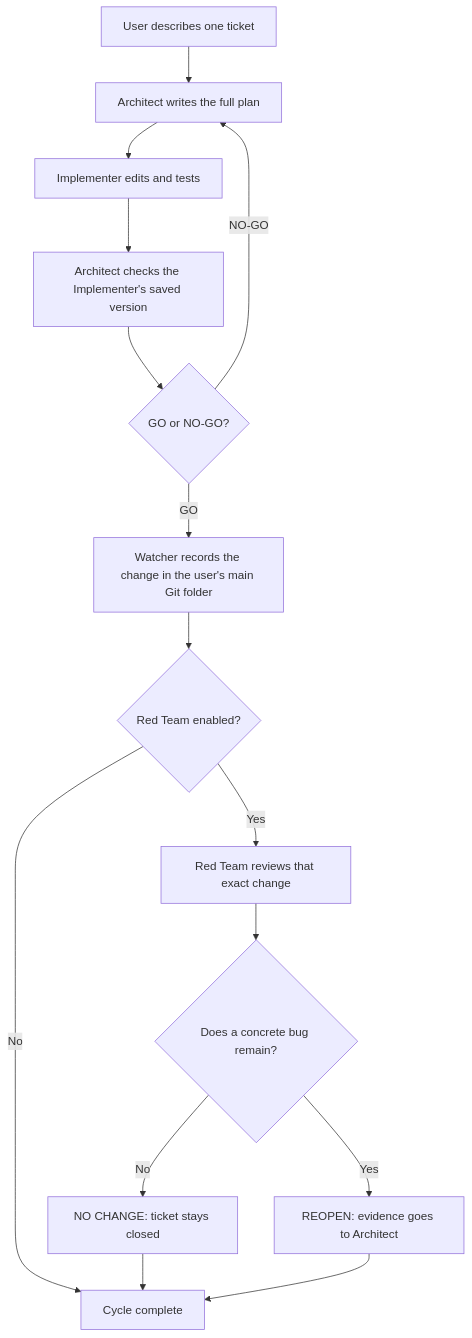
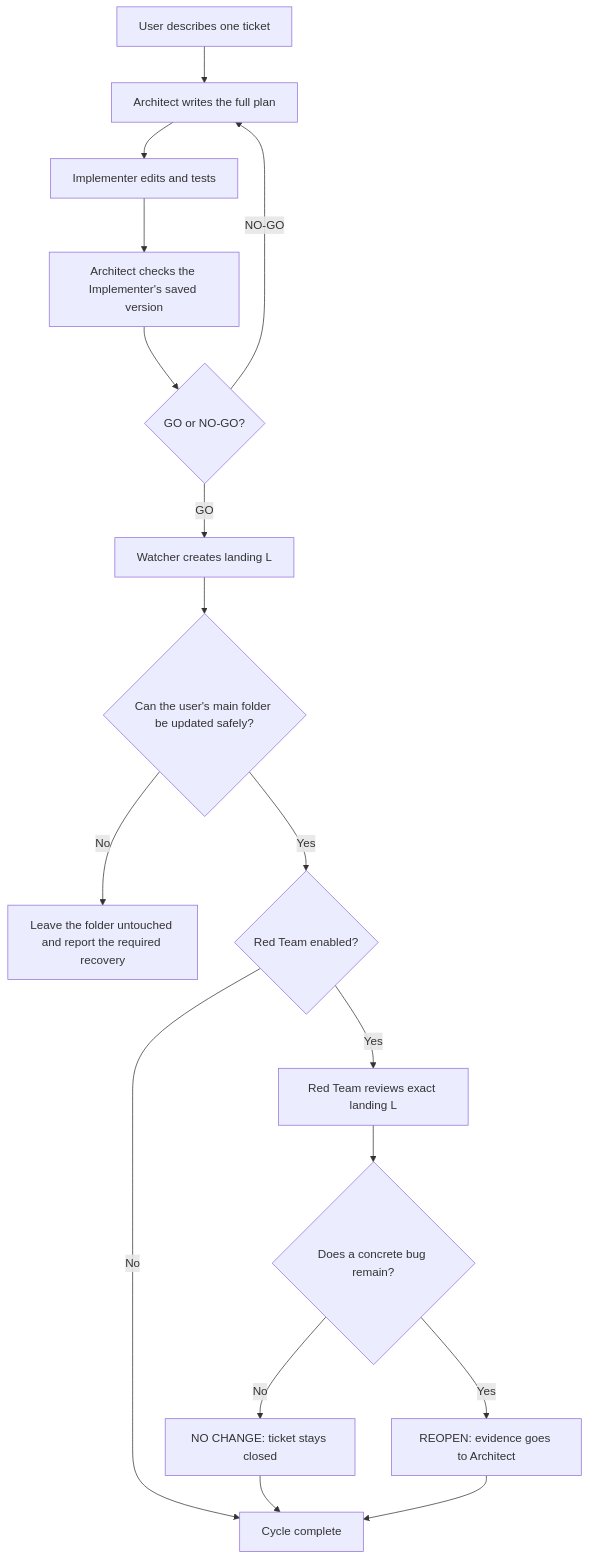
One commit to SBU-COSMOLIKE/emulators_code_v2 changed the third of 8 diagrams in ai/README.md. Above: the diagram before and after it, drawn with Mermaid. The commit also changed other lines of this file, not shown here.

Commit message:
Explain candidate and landing commits

````diff
--- a/ai/README.md
+++ b/ai/README.md
@@ -365,17 +443,19 @@
 ```mermaid
 flowchart TD
     U["User describes one ticket"] --> A["Architect writes the full plan"]
     A --> I["Implementer edits and tests"]
     I --> Q["Architect checks the Implementer's saved version"]
     Q --> D{"GO or NO-GO?"}
     D -->|"NO-GO"| A
-    D -->|"GO"| L["Watcher records the change in the user's main Git folder"]
-    L --> R{"Red Team enabled?"}
+    D -->|"GO"| L["Watcher creates landing L"]
+    L --> S{"Can the user's main folder be updated safely?"}
+    S -->|"No"| H["Leave the folder untouched and report the required recovery"]
+    S -->|"Yes"| R{"Red Team enabled?"}
     R -->|"No"| C["Cycle complete"]
-    R -->|"Yes"| T["Red Team reviews that exact change"]
+    R -->|"Yes"| T["Red Team reviews exact landing L"]
     T --> X{"Does a concrete bug remain?"}
     X -->|"No"| N["NO CHANGE: ticket stays closed"]
     X -->|"Yes"| P["REOPEN: evidence goes to Architect"]
     N --> C
     P --> C
 ```
````
